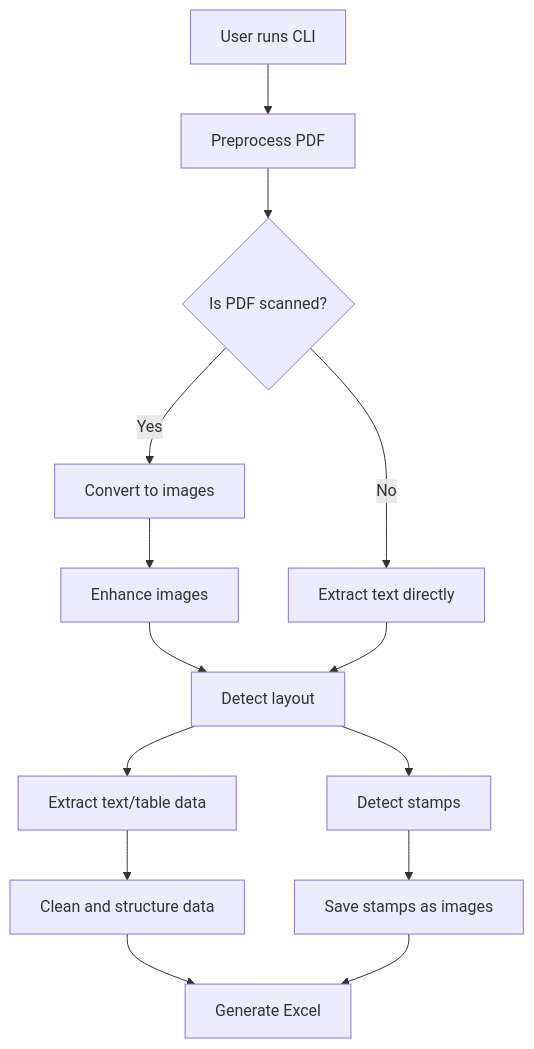
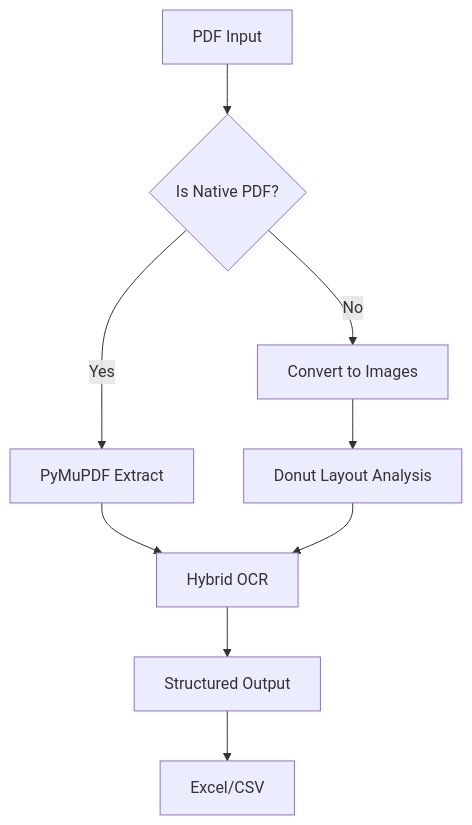
Before and after one commit to moffat-kagiri/pdf-mining: the diagram in workflow_summary.md, drawn with Mermaid.

Commit message:
Refactor workflow diagram: update flow for PDF processing to enhance clarity and accuracy

````diff
--- a/workflow_summary.md
+++ b/workflow_summary.md
@@ -58,18 +58,11 @@
 ```mermaid
 graph TD
-    A[User runs CLI] --> B[Preprocess PDF]
-    B --> C{Is PDF scanned?}
-    C -->|Yes| D[Convert to images]
-    C -->|No| E[Extract text directly]
-    D --> F[Enhance images]
-    F --> G[Detect layout]
-    E --> G
-    G --> H[Extract text/table data]
-    G --> I[Detect stamps]
-    H --> J[Clean and structure data]
-    I --> K[Save stamps as images]
-    J --> L[Generate Excel]
-    K --> L
-
+    A[PDF Input] --> B{Is Native PDF?}
+    B -->|Yes| C[PyMuPDF Extract]
+    B -->|No| D[Convert to Images]
+    D --> E[Donut Layout Analysis]
+    C & E --> F[Hybrid OCR]
+    F --> G[Structured Output]
+    G --> H[Excel/CSV]
 
 ```
````
